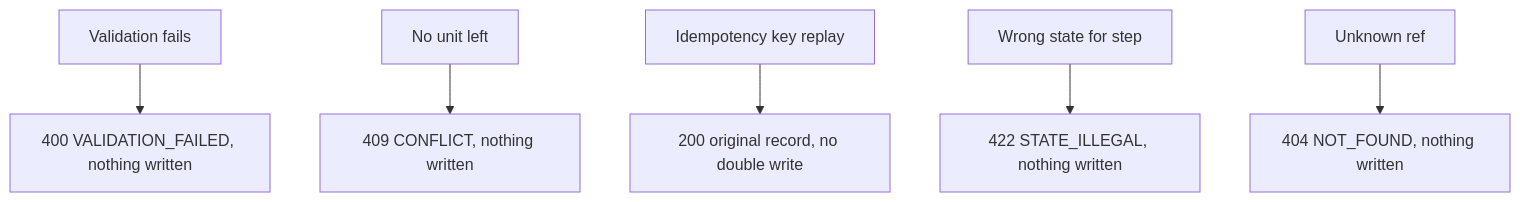
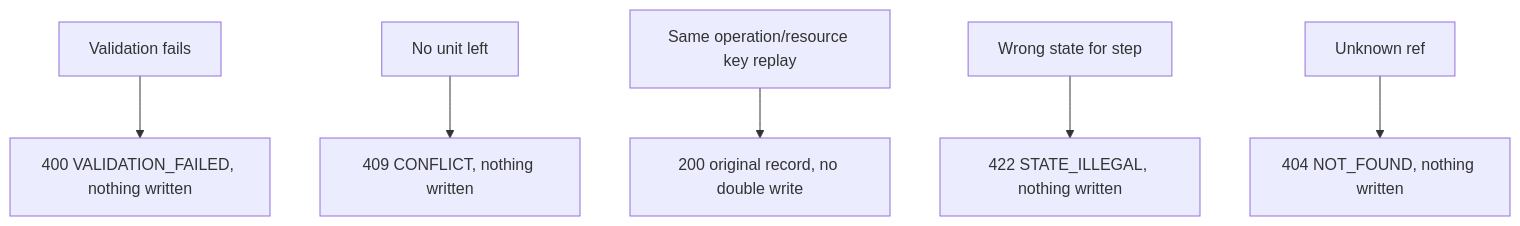
Before and after one commit to MingChen1501/hotel-mgmt: the second of 2 diagrams in docs/architecture/services/reservations.md, drawn with Mermaid. The commit also changed other lines of this file and 8 other files, not shown here.

First line of the commit message:
fix(reservations,rooms): Scope idempotency keys per operation and resource

````diff
--- a/docs/architecture/services/reservations.md
+++ b/docs/architecture/services/reservations.md
@@ -51,8 +51,8 @@
 ```mermaid
 flowchart TD
     V[Validation fails] --> R400[400 VALIDATION_FAILED, nothing written]
     O[No unit left] --> R409[409 CONFLICT, nothing written]
-    K[Idempotency key replay] --> R200[200 original record, no double write]
+    K[Same operation/resource key replay] --> R200[200 original record, no double write]
     S[Wrong state for step] --> R422[422 STATE_ILLEGAL, nothing written]
     N[Unknown ref] --> R404[404 NOT_FOUND, nothing written]
 ```
````
